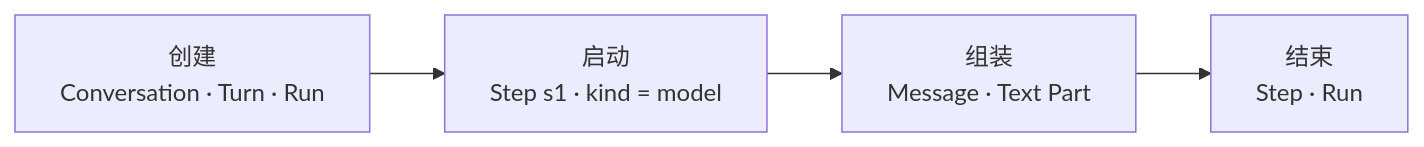
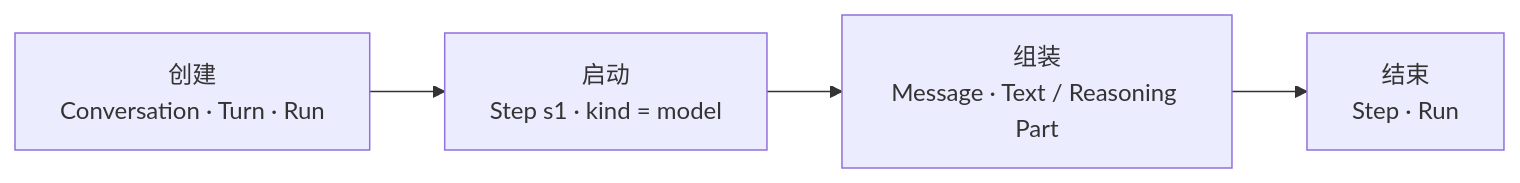
Before and after one commit to gene9831/tiny-robot: the first of 2 diagrams in docs-next/src/examples/completed-text-run.md, drawn with Mermaid. The commit also changed other lines of this file and 49 other files, not shown here.

````diff
--- a/docs-next/src/examples/completed-text-run.md
+++ b/docs-next/src/examples/completed-text-run.md
@@ -13,9 +13,9 @@
 ```mermaid
 flowchart LR
   Create["创建<br/>Conversation · Turn · Run"]
   Start["启动<br/>Step s1 · kind = model"]
-  Stream["组装<br/>Message · Text Part"]
+  Stream["组装<br/>Message · Text / Reasoning Part"]
   Finish["结束<br/>Step · Run"]
 
   Create --> Start --> Stream --> Finish
 ```
````
